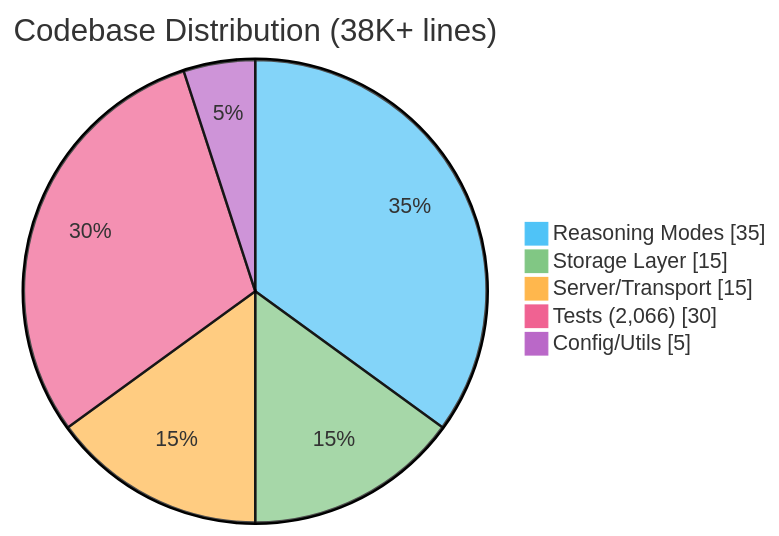
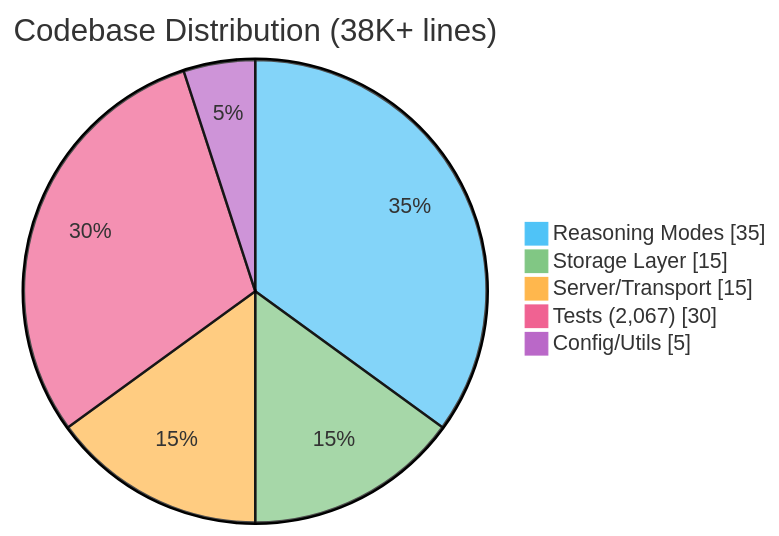
Before and after one commit to quanticsoul4772/mcp-reasoning: the first of 6 diagrams in README.md, drawn with Mermaid. The commit also changed other lines of this file and 1 other file, not shown here.

````diff
--- a/README.md
+++ b/README.md
@@ -10,9 +10,9 @@
 ```mermaid
 %%{init: {'theme': 'base', 'themeVariables': {'pie1': '#4fc3f7', 'pie2': '#81c784', 'pie3': '#ffb74d', 'pie4': '#f06292', 'pie5': '#ba68c8'}}}%%
 pie showData title Codebase Distribution (38K+ lines)
     "Reasoning Modes" : 35
     "Storage Layer" : 15
     "Server/Transport" : 15
-    "Tests (2,066)" : 30
+    "Tests (2,067)" : 30
     "Config/Utils" : 5
 ```
````
